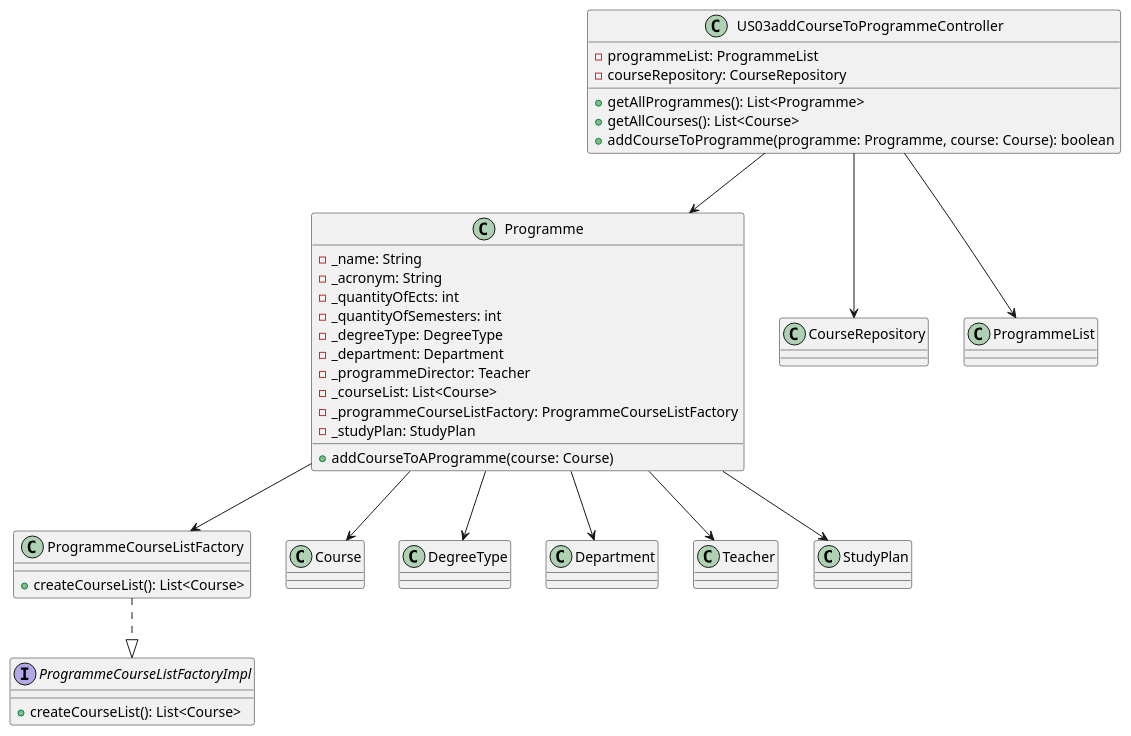
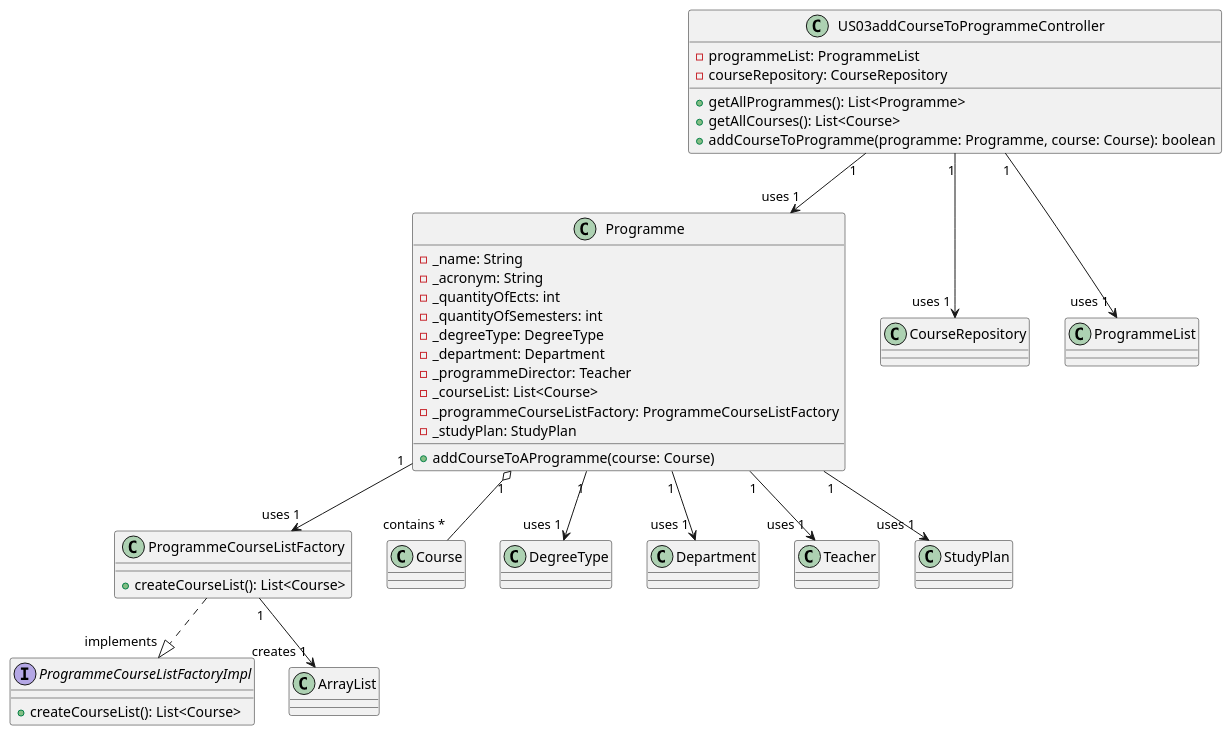
One commit to GasparISEP/DevOps-PAI changed the diagram in docs/US03/US03_ClassDiagram.puml. Above: the diagram before and after it, drawn with PlantUML.

Commit message:
Update US03 Class Diagram

```diff
--- a/docs/US03/US03_ClassDiagram.puml
+++ b/docs/US03/US03_ClassDiagram.puml
@@ -1,69 +1,70 @@
 @startuml
 'https://plantuml.com/class-diagram
 
 class US03addCourseToProgrammeController {
     - programmeList: ProgrammeList
     - courseRepository: CourseRepository
     + getAllProgrammes(): List<Programme>
     + getAllCourses(): List<Course>
     + addCourseToProgramme(programme: Programme, course: Course): boolean
 }
 class Programme {
     - _name: String
     - _acronym: String
     - _quantityOfEcts: int
     - _quantityOfSemesters: int
     - _degreeType: DegreeType
     - _department: Department
     - _programmeDirector: Teacher
     - _courseList: List<Course>
     - _programmeCourseListFactory: ProgrammeCourseListFactory
     - _studyPlan: StudyPlan
     + addCourseToAProgramme(course: Course)
 }
 class ProgrammeCourseListFactory {
     + createCourseList(): List<Course>
 }
 
 interface ProgrammeCourseListFactoryImpl {
     + createCourseList(): List<Course>
 }
 
 class CourseRepository {
 }
 
 class ProgrammeList {
 }
 
 class Course {
 }
 
 class DegreeType {
 }
 
 class Department {
 }
 
 class Teacher {
 }
 
 class StudyPlan {
 }
 
+class ArrayList {
+}
 
 
 
-
-US03addCourseToProgrammeController --> Programme
-US03addCourseToProgrammeController --> CourseRepository
-US03addCourseToProgrammeController --> ProgrammeList
-Programme --> ProgrammeCourseListFactory
-ProgrammeCourseListFactory ..|> ProgrammeCourseListFactoryImpl
-Programme --> DegreeType
-Programme --> Department
-Programme --> Teacher
-Programme --> StudyPlan
-Programme --> Course
-
+US03addCourseToProgrammeController "1" --> "uses 1" Programme
+US03addCourseToProgrammeController "1" --> "uses 1" CourseRepository
+US03addCourseToProgrammeController "1" --> "uses 1" ProgrammeList
+Programme "1" --> "uses 1" ProgrammeCourseListFactory
+ProgrammeCourseListFactory ..|> "implements" ProgrammeCourseListFactoryImpl
+ProgrammeCourseListFactory "1" --> "creates 1" ArrayList
+Programme "1" --> "uses 1" DegreeType
+Programme "1" --> "uses 1" Department
+Programme "1" --> "uses 1" Teacher
+Programme "1" --> "uses 1" StudyPlan
+Programme "1" o-- "contains *" Course
 
 @enduml
```
